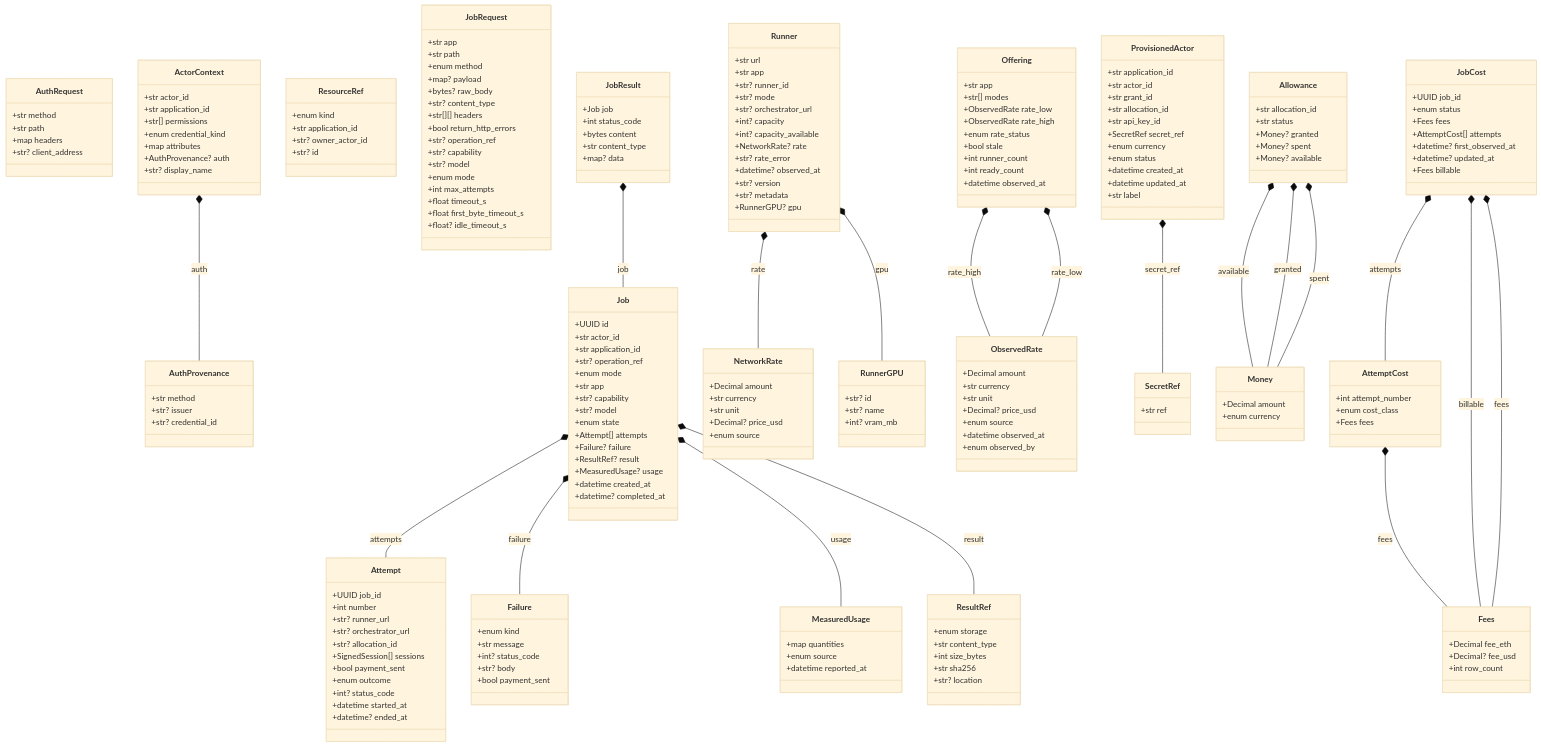
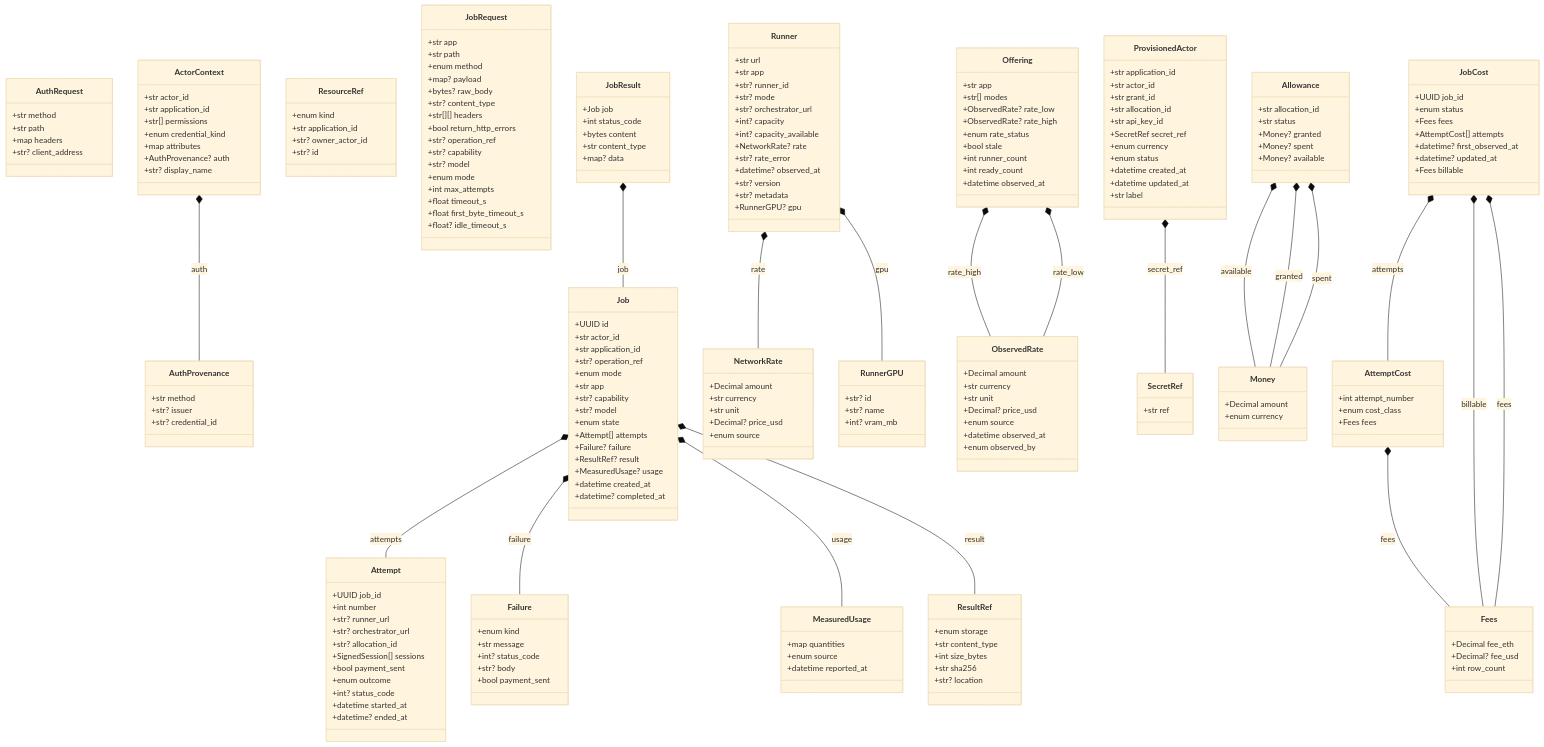
One commit to NE-Build-Track/livepeer-builder-core changed the diagram in docs/generated/contracts.md. Above: the diagram before and after it, drawn with Mermaid (base theme). The commit also changed 20 other files, not shown here.

```diff
--- a/docs/generated/contracts.md
+++ b/docs/generated/contracts.md
@@ -145,8 +145,8 @@
     class Offering {
         +str app
         +str[] modes
-        +ObservedRate rate_low
-        +ObservedRate rate_high
+        +ObservedRate? rate_low
+        +ObservedRate? rate_high
         +enum rate_status
         +bool stale
         +int runner_count
```
